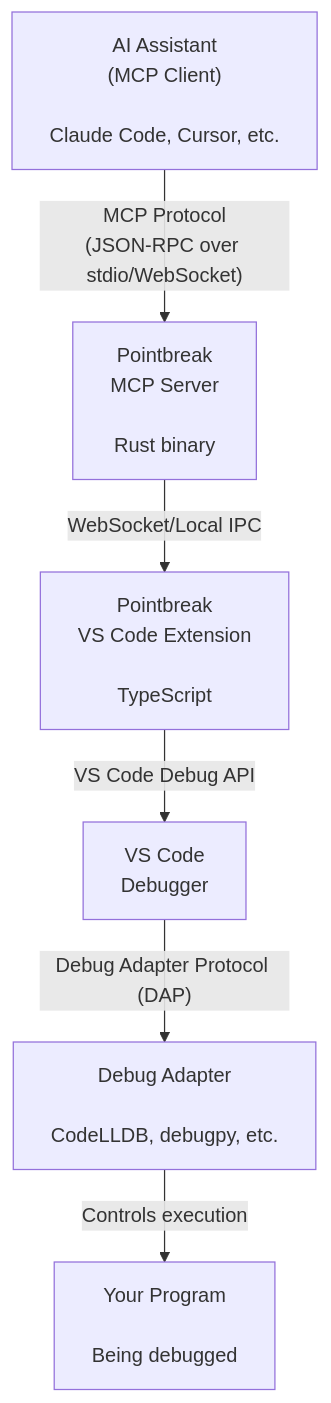
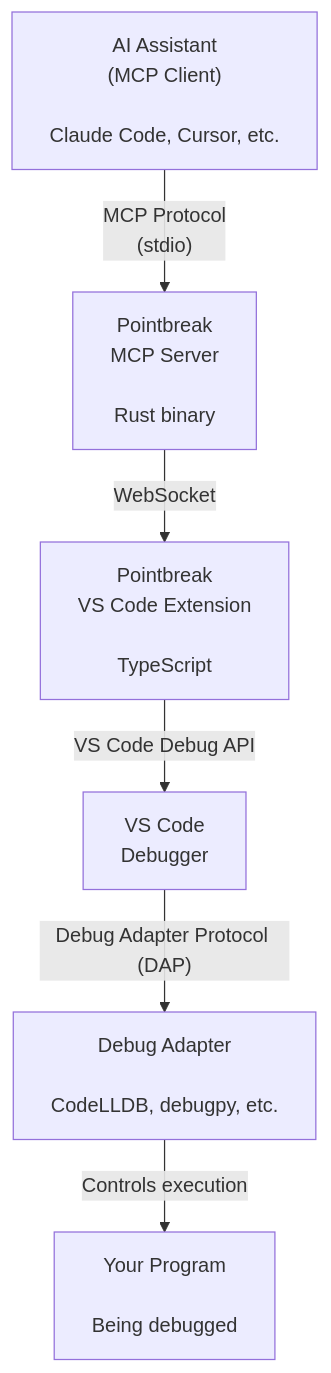
Before and after one commit to withpointbreak/docs: the diagram in architecture.mdx, drawn with Mermaid.

Commit message:
Updating Architecture diagram.

````diff
--- a/architecture.mdx
+++ b/architecture.mdx
@@ -14,15 +14,15 @@
 ```mermaid
 graph TD
     A["AI Assistant<br/>(MCP Client)<br/><br/>Claude Code, Cursor, etc."]
     B["Pointbreak<br/>MCP Server<br/><br/>Rust binary"]
     C["Pointbreak<br/>VS Code Extension<br/><br/>TypeScript"]
     D["VS Code<br/>Debugger"]
     E["Debug Adapter<br/><br/>CodeLLDB, debugpy, etc."]
     F["Your Program<br/><br/>Being debugged"]
 
-    A -->|"MCP Protocol<br/>(JSON-RPC over stdio/WebSocket)"| B
-    B -->|"WebSocket/Local IPC"| C
+    A -->|"MCP Protocol<br/>(stdio)"| B
+    B -->|"WebSocket"| C
     C -->|"VS Code Debug API"| D
     D -->|"Debug Adapter Protocol (DAP)"| E
     E -->|"Controls execution"| F
 ```
````
